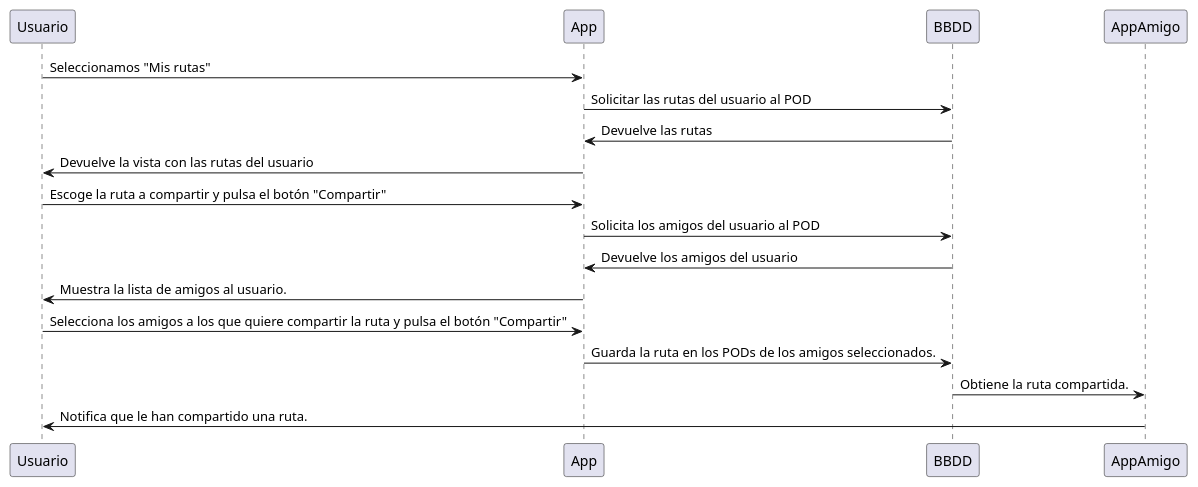
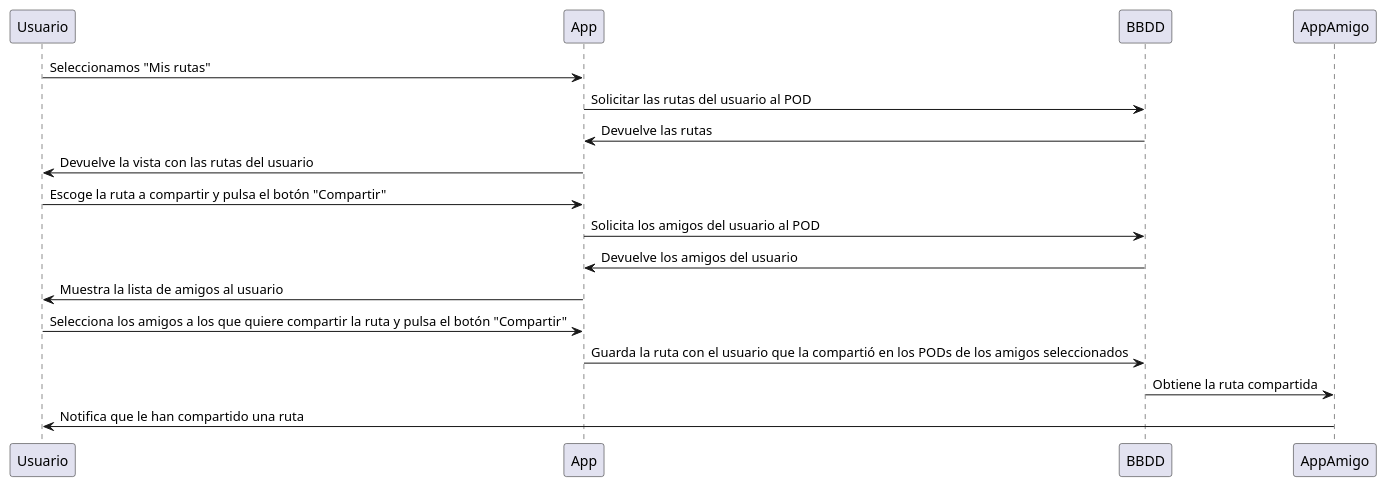
One commit to Arquisoft/viade_es5b changed the seventh of 7 diagrams in src/docs/06_runtime_view.adoc. Above: the diagram before and after it, drawn with PlantUML.

Commit message:
Cambios en Compartir ruta1

```diff
--- a/src/docs/06_runtime_view.adoc
+++ b/src/docs/06_runtime_view.adoc
@@ -140,16 +140,16 @@
 [plantuml,"DiagramaCompartirRuta",png]
 ----
 Usuario -> App: Seleccionamos "Mis rutas"
 App -> BBDD : Solicitar las rutas del usuario al POD
 BBDD -> App: Devuelve las rutas
 App -> Usuario: Devuelve la vista con las rutas del usuario
 Usuario -> App: Escoge la ruta a compartir y pulsa el botón "Compartir"
 App -> BBDD: Solicita los amigos del usuario al POD
 BBDD -> App: Devuelve los amigos del usuario
-App -> Usuario: Muestra la lista de amigos al usuario.
+App -> Usuario: Muestra la lista de amigos al usuario
 Usuario -> App: Selecciona los amigos a los que quiere compartir la ruta y pulsa el botón "Compartir"
-App -> BBDD: Guarda la ruta en los PODs de los amigos seleccionados.
-BBDD -> AppAmigo: Obtiene la ruta compartida.
-AppAmigo -> Usuario: Notifica que le han compartido una ruta.
+App -> BBDD: Guarda la ruta con el usuario que la compartió en los PODs de los amigos seleccionados
+BBDD -> AppAmigo: Obtiene la ruta compartida
+AppAmigo -> Usuario: Notifica que le han compartido una ruta
 
 ----
```
